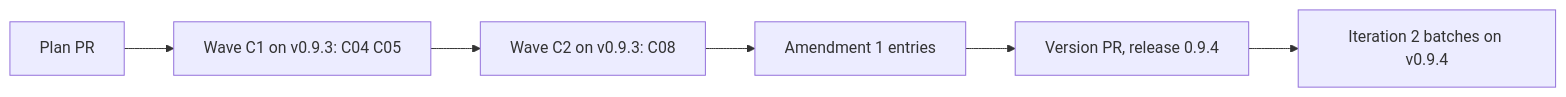
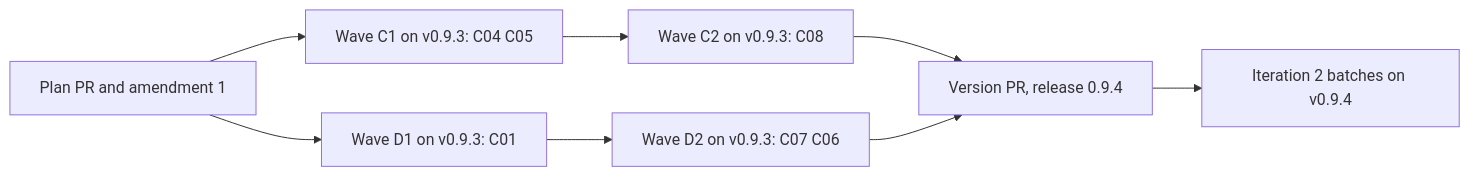
The diagram in docs/plan-0.9.4.md (alfhen/agent-pr-pipeline), drawn with Mermaid before and after one commit. The commit also changed other lines of this file, not shown here.

Commit message:
Plan 0.9.4 amendment 1: C01, C07 and C06 in what-must-be-true form, waves D1 and D2

````diff
--- a/docs/plan-0.9.4.md
+++ b/docs/plan-0.9.4.md
@@ -68,4 +68,10 @@
 ```mermaid
 flowchart LR
-  P[Plan PR] --> C1[Wave C1 on v0.9.3: C04 C05] --> C2[Wave C2 on v0.9.3: C08] --> A[Amendment 1 entries] --> R[Version PR, release 0.9.4] --> B[Iteration 2 batches on v0.9.4]
+  P[Plan PR and amendment 1] --> C1[Wave C1 on v0.9.3: C04 C05]
+  P --> D1[Wave D1 on v0.9.3: C01]
+  C1 --> C2[Wave C2 on v0.9.3: C08]
+  D1 --> D2[Wave D2 on v0.9.3: C07 C06]
+  C2 --> R[Version PR, release 0.9.4]
+  D2 --> R
+  R --> B[Iteration 2 batches on v0.9.4]
 ```
````
